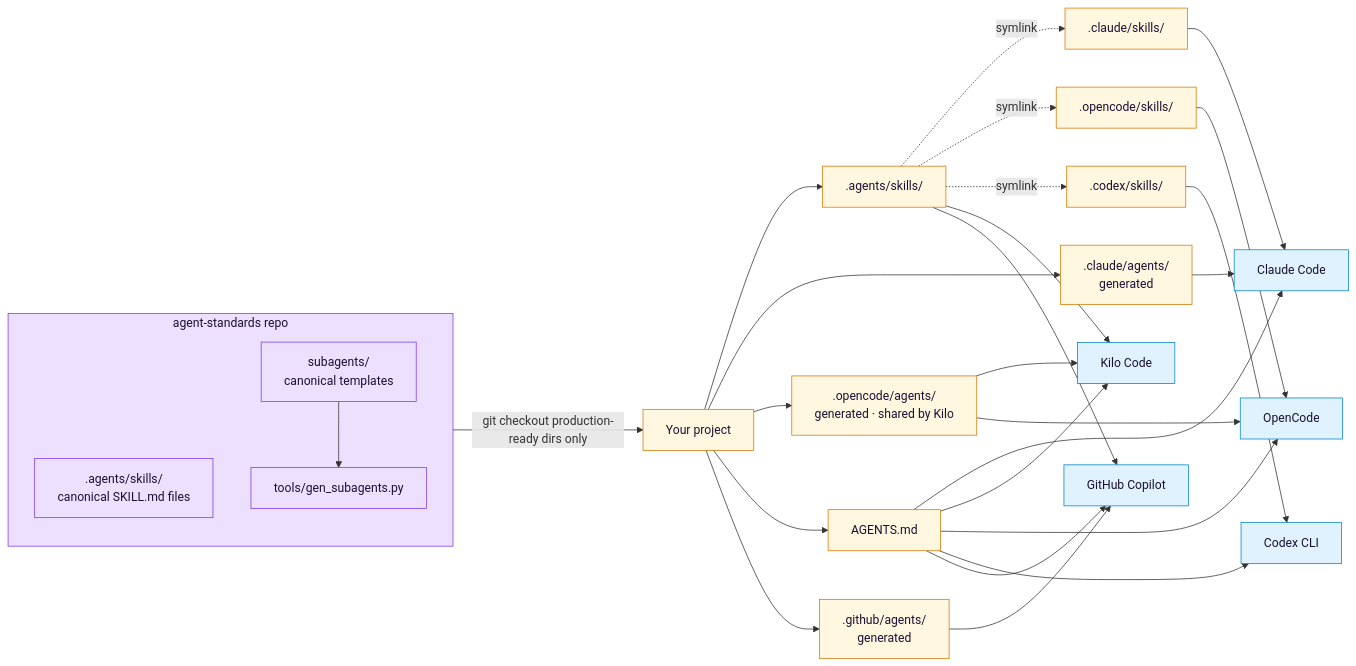
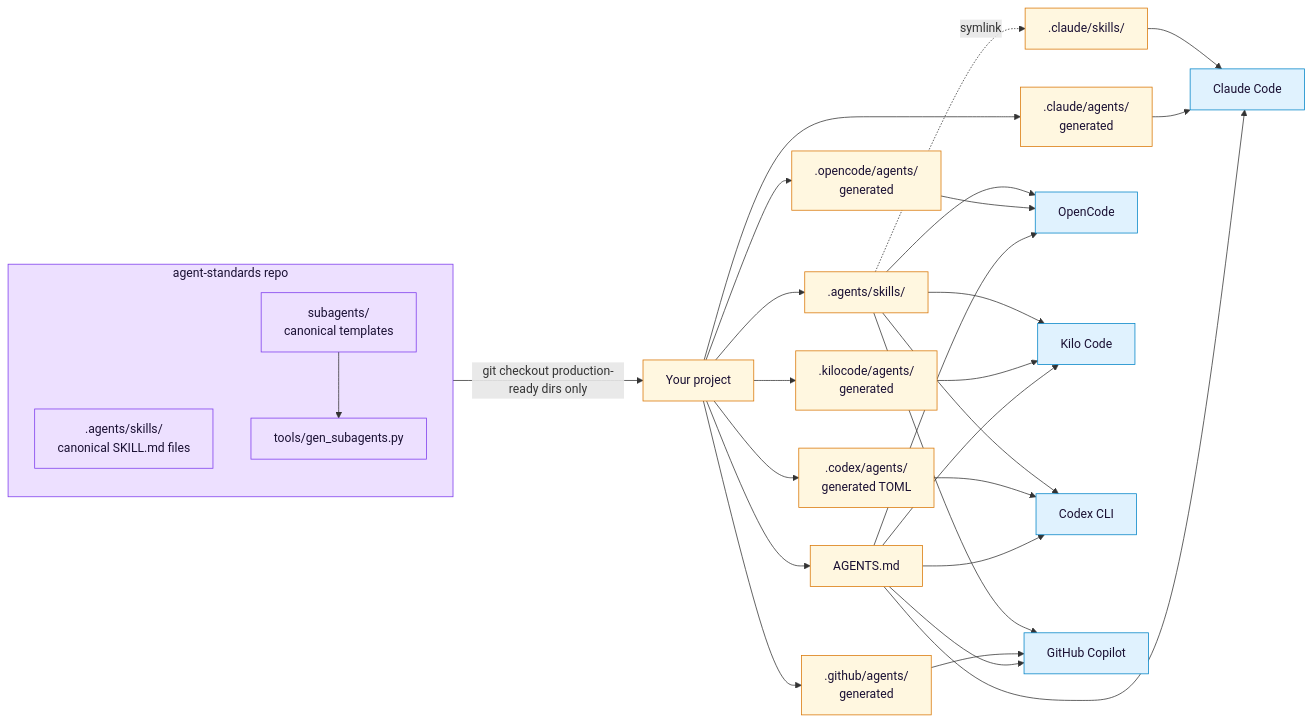
One commit to Lukk17/agent-standards changed the diagram in README.md. Above: the diagram before and after it, drawn with Mermaid. The commit also changed other lines of this file and 78 other files, not shown here.

First line of the commit message:
feat(agents): add Codex and Kilo subagent trees, extend gate, drop redundant wiring

````diff
--- a/README.md
+++ b/README.md
@@ -80,39 +81,40 @@
 ```mermaid
 graph LR
     subgraph AS[agent-standards repo]
       ASK[.agents/skills/<br/>canonical SKILL.md files]
       SU[subagents/<br/>canonical templates]
       GEN[tools/gen_subagents.py]
       SU --> GEN
     end
     AS -->|git checkout production-ready dirs only| P[Your project]
     P --> SK[.agents/skills/]
     P --> CA[.claude/agents/<br/>generated]
-    P --> OA[.opencode/agents/<br/>generated · shared by Kilo]
+    P --> OA[.opencode/agents/<br/>generated]
+    P --> KA[.kilocode/agents/<br/>generated]
+    P --> CXA[.codex/agents/<br/>generated TOML]
+    P --> GH[.github/agents/<br/>generated]
     P --> AG[AGENTS.md]
     SK -.symlink.-> CL[.claude/skills/]
-    SK -.symlink.-> OC[.opencode/skills/]
-    SK -.symlink.-> CX[.codex/skills/]
     CL --> Claude[Claude Code]
+    SK --> OpenCode[OpenCode]
     SK --> Kilo[Kilo Code]
-    OC --> OpenCode[OpenCode]
-    CX --> Codex[Codex CLI]
+    SK --> Codex[Codex CLI]
+    SK --> Copilot[GitHub Copilot]
     CA --> Claude
-    OA --> Kilo
     OA --> OpenCode
+    KA --> Kilo
+    CXA --> Codex
+    GH --> Copilot
     AG --> Claude
+    AG --> OpenCode
     AG --> Kilo
-    AG --> OpenCode
     AG --> Codex
-    P --> GH[.github/agents/<br/>generated]
-    GH --> Copilot[GitHub Copilot]
-    SK --> Copilot
     AG --> Copilot
 
     classDef src fill:#ede0ff,stroke:#7c3aed,color:#1a1033
     classDef consumer fill:#fff7e0,stroke:#d97706,color:#1a1033
     classDef tool fill:#e0f2fe,stroke:#0284c7,color:#1a1033
     class AS,ASK,SU,GEN src
-    class P,SK,CA,OA,AG,CL,OC,CX,GH consumer
+    class P,SK,CA,OA,KA,CXA,GH,AG,CL consumer
     class Claude,Kilo,OpenCode,Codex,Copilot tool
 ```
````
